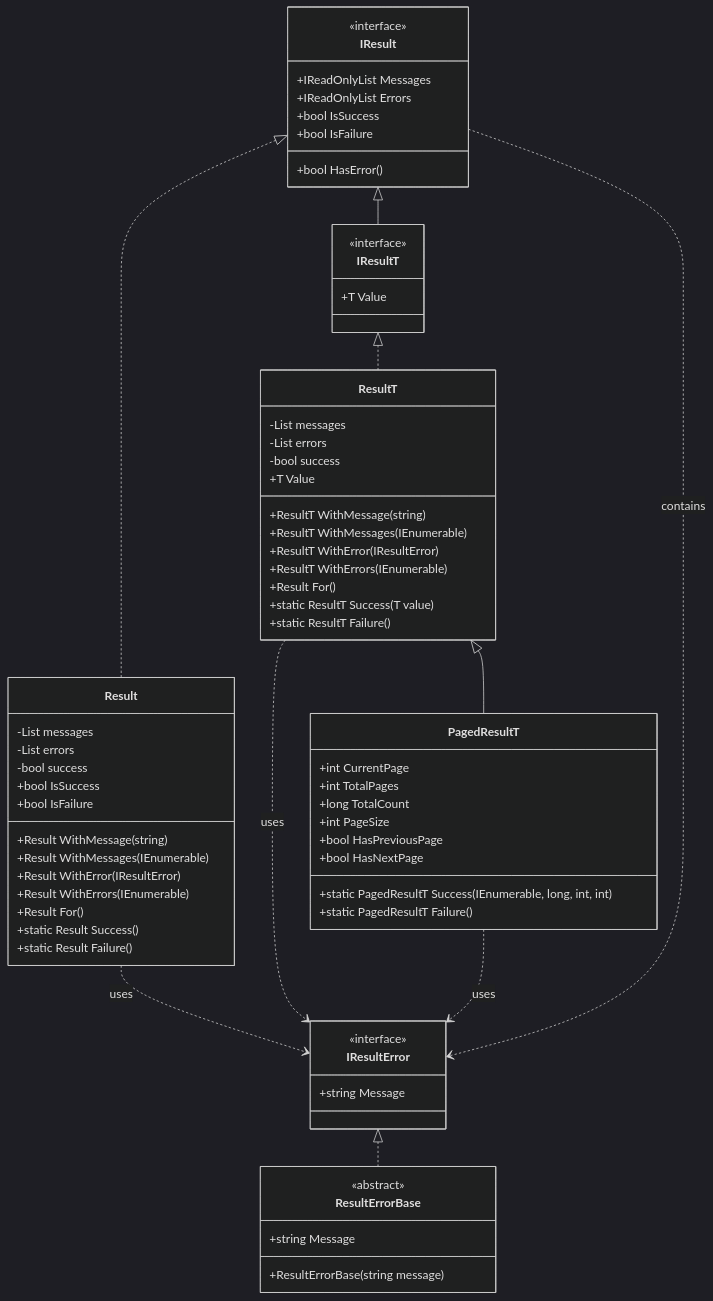
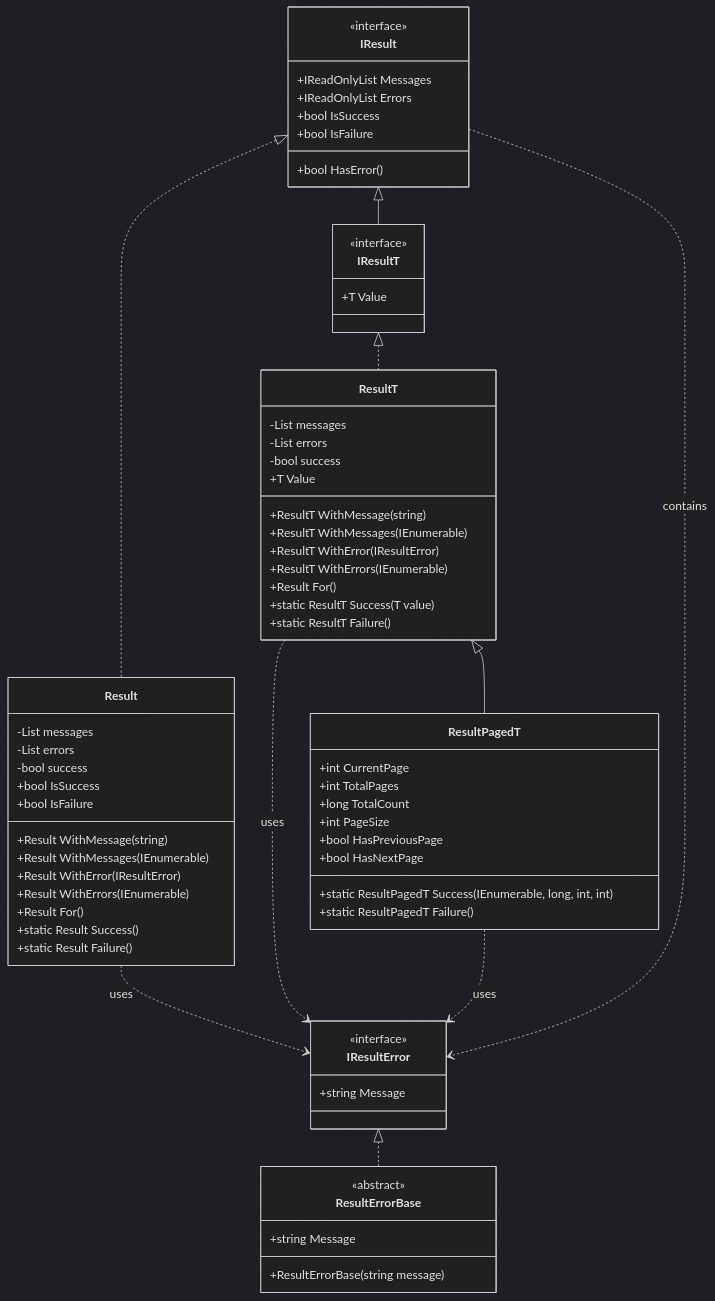
The first of 2 diagrams in docs/features-results.md (BridgingIT-GmbH/bITdevKit), drawn with Mermaid (dark theme) before and after one commit. The commit also changed other lines of this file and 483 other files, not shown here.

Commit message:
Merged PR 8557: Added new EntityPermissions, IdentityProvider, Repository enhancements, PagedResult renamed, nuget updates

````diff
--- a/docs/features-results.md
+++ b/docs/features-results.md
@@ -63,77 +63,77 @@
 ```mermaid
 classDiagram
     class IResultError {
         <<interface>>
         +string Message
     }
 
     class ResultErrorBase {
         <<abstract>>
         +string Message
         +ResultErrorBase(string message)
     }
 
     class IResult {
         <<interface>>
         +IReadOnlyList Messages
         +IReadOnlyList Errors
         +bool IsSuccess
         +bool IsFailure
         +bool HasError()
     }
 
     class IResultT {
         <<interface>>
         +T Value
     }
 
     class Result {
         -List messages
         -List errors
         -bool success
         +bool IsSuccess
         +bool IsFailure
         +Result WithMessage(string)
         +Result WithMessages(IEnumerable)
         +Result WithError(IResultError)
         +Result WithErrors(IEnumerable)
         +Result For()
         +static Result Success()
         +static Result Failure()
     }
 
     class ResultT {
         -List messages
         -List errors
         -bool success
         +T Value
         +ResultT WithMessage(string)
         +ResultT WithMessages(IEnumerable)
         +ResultT WithError(IResultError)
         +ResultT WithErrors(IEnumerable)
         +Result For()
         +static ResultT Success(T value)
         +static ResultT Failure()
     }
 
-    class PagedResultT {
+    class ResultPagedT {
         +int CurrentPage
         +int TotalPages
         +long TotalCount
         +int PageSize
         +bool HasPreviousPage
         +bool HasNextPage
-        +static PagedResultT Success(IEnumerable, long, int, int)
-        +static PagedResultT Failure()
+        +static ResultPagedT Success(IEnumerable, long, int, int)
+        +static ResultPagedT Failure()
     }
 
     IResultError <|.. ResultErrorBase
     IResult <|-- IResultT
     IResult <|.. Result
     IResultT <|.. ResultT
-    ResultT <|-- PagedResultT
+    ResultT <|-- ResultPagedT
     Result ..> IResultError : uses
     ResultT ..> IResultError : uses
-    PagedResultT ..> IResultError : uses
+    ResultPagedT ..> IResultError : uses
     IResult ..> IResultError : contains
 ```
````
